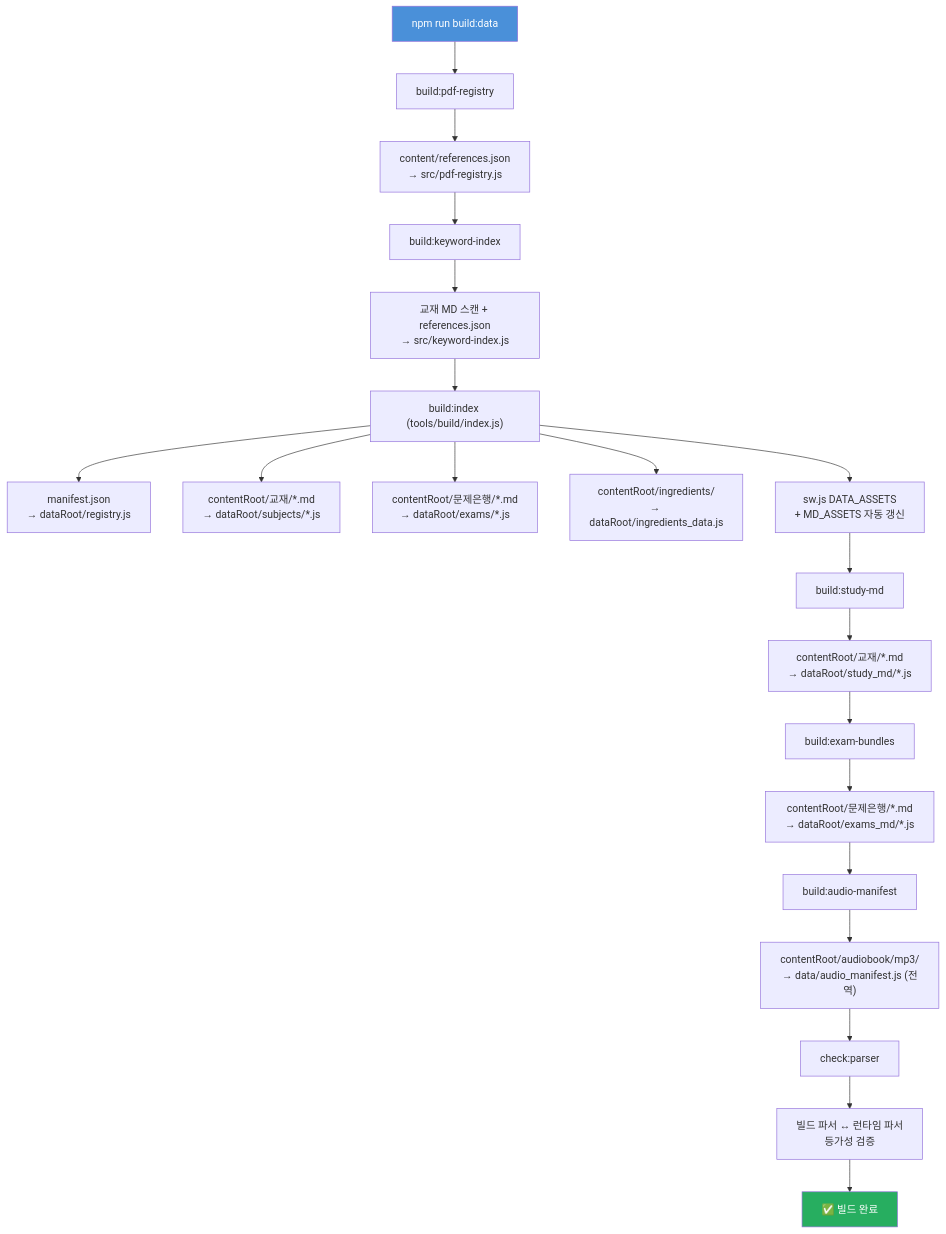
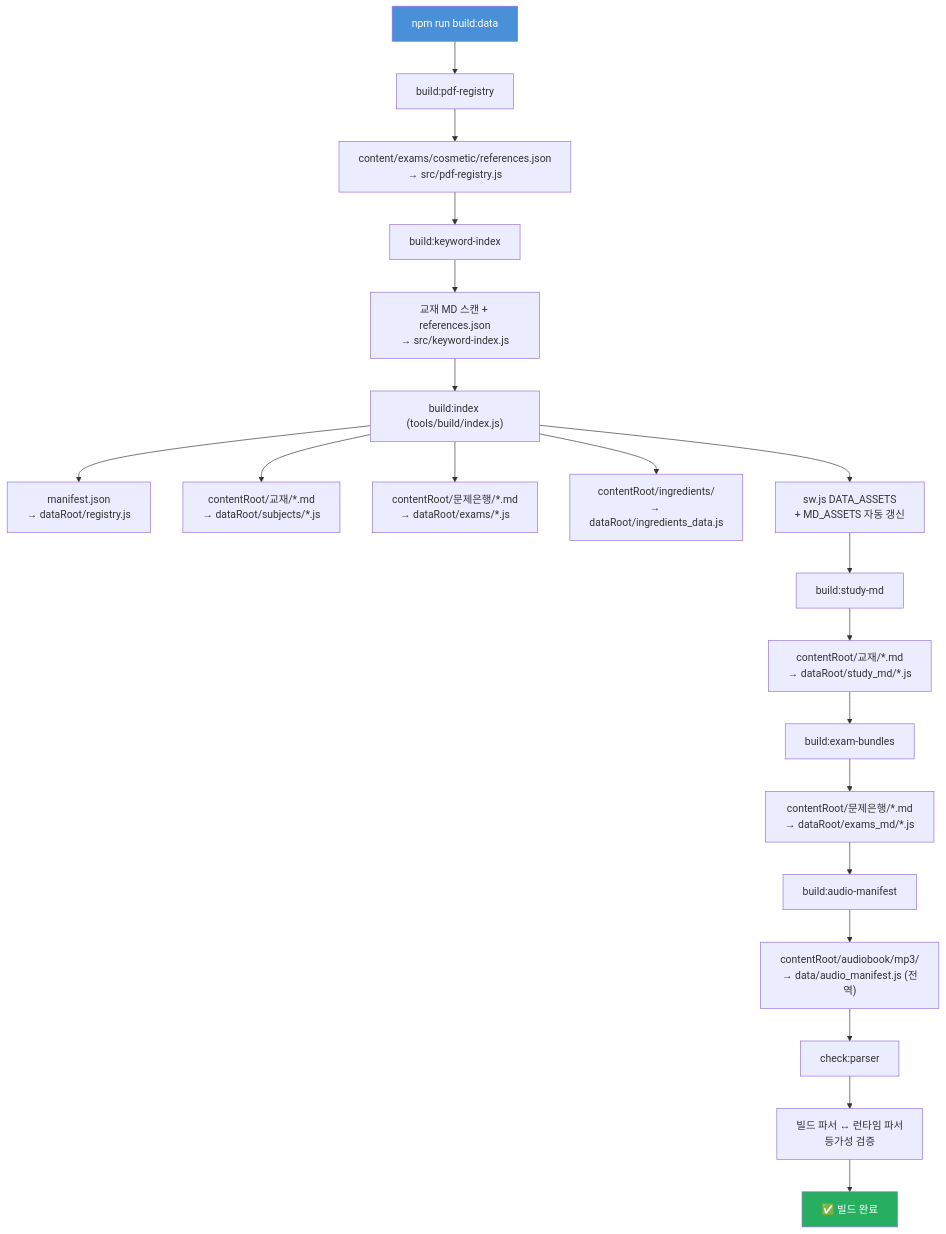
The second of 5 diagrams in docs/dev/CONTENT_WORKFLOW.md (skygoldlee-cyber/Personalized_Skincare), drawn with Mermaid before and after one commit. The commit also changed other lines of this file and 24 other files, not shown here.

````diff
--- a/docs/dev/CONTENT_WORKFLOW.md
+++ b/docs/dev/CONTENT_WORKFLOW.md
@@ -120,25 +120,25 @@
 ```mermaid
 flowchart TD
     A["npm run build:data"] --> B["build:pdf-registry"]
-    B --> B1["content/references.json<br/>→ src/pdf-registry.js"]
+    B --> B1["content/exams/cosmetic/references.json<br/>→ src/pdf-registry.js"]
     B1 --> C["build:keyword-index"]
     C --> C1["교재 MD 스캔 + references.json<br/>→ src/keyword-index.js"]
     C1 --> D["build:index (tools/build/index.js)"]
     D --> D1["manifest.json<br/>→ dataRoot/registry.js"]
     D --> D2["contentRoot/교재/*.md<br/>→ dataRoot/subjects/*.js"]
     D --> D3["contentRoot/문제은행/*.md<br/>→ dataRoot/exams/*.js"]
     D --> D4["contentRoot/ingredients/<br/>→ dataRoot/ingredients_data.js"]
     D --> D5["sw.js DATA_ASSETS<br/>+ MD_ASSETS 자동 갱신"]
     D5 --> E["build:study-md"]
     E --> E1["contentRoot/교재/*.md<br/>→ dataRoot/study_md/*.js"]
     E1 --> F["build:exam-bundles"]
     F --> F1["contentRoot/문제은행/*.md<br/>→ dataRoot/exams_md/*.js"]
     F1 --> G["build:audio-manifest"]
     G --> G1["contentRoot/audiobook/mp3/<br/>→ data/audio_manifest.js (전역)"]
     G1 --> H["check:parser"]
     H --> H1["빌드 파서 ↔ 런타임 파서<br/>등가성 검증"]
     H1 --> I["✅ 빌드 완료"]
 
     style A fill:#4a90d9,color:#fff
     style I fill:#27ae60,color:#fff
 ```
````
